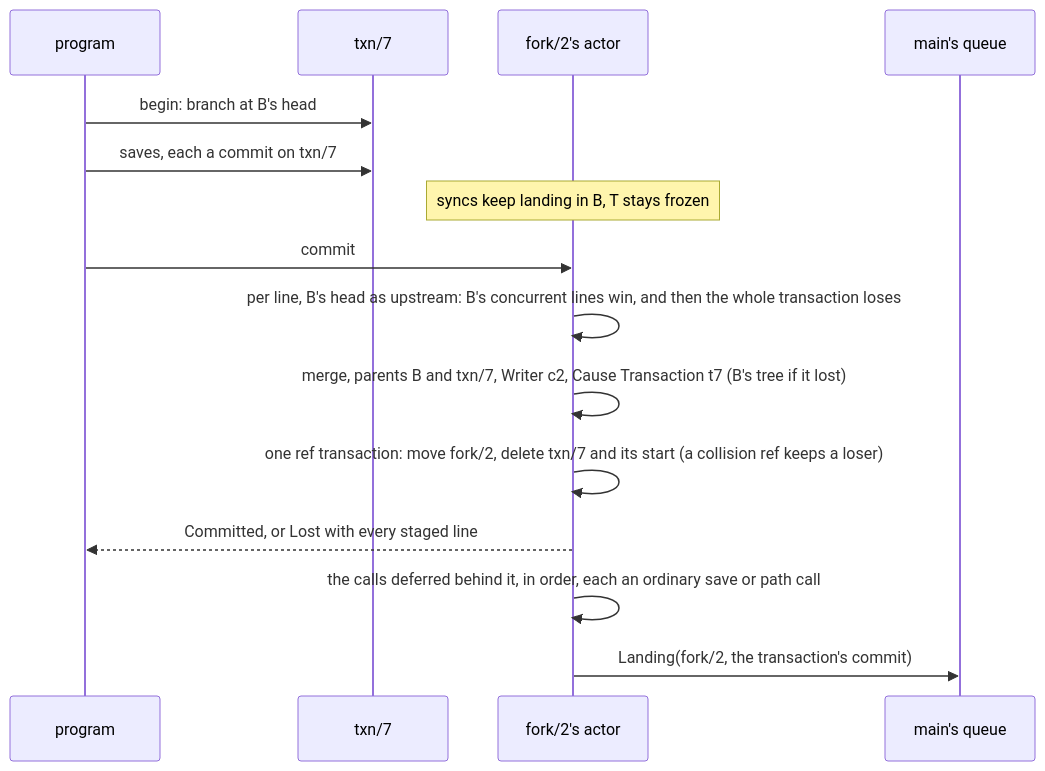
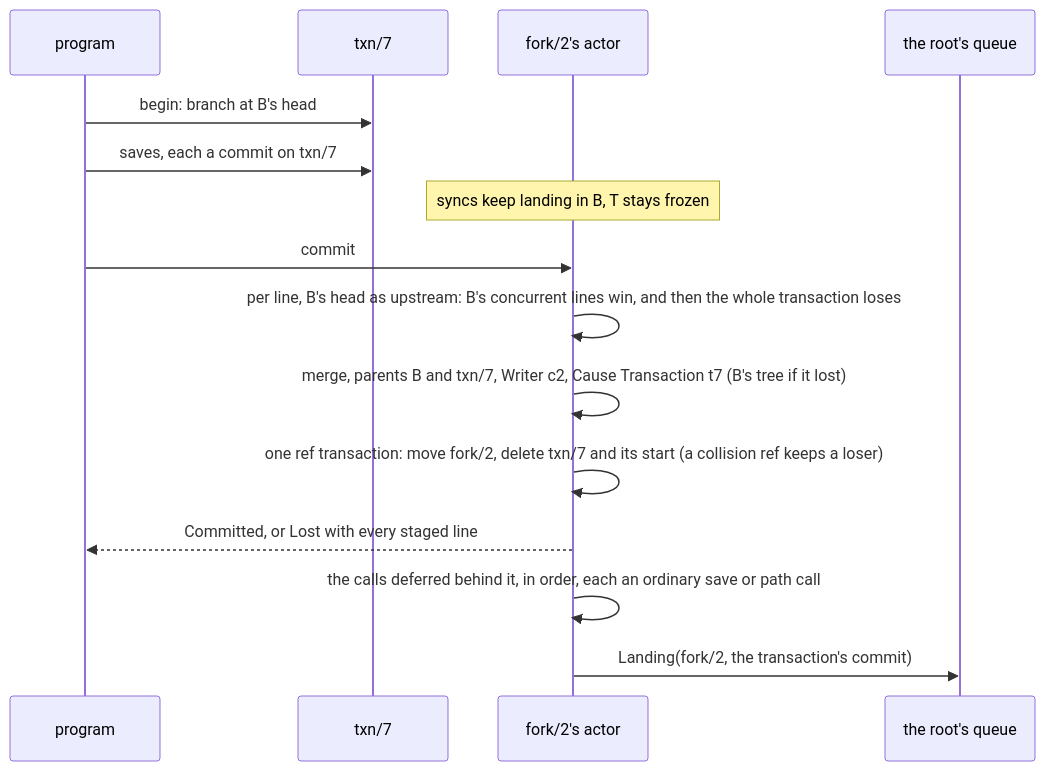
The sixth of 7 diagrams in docs/target-architecture/git-model.md (mcurcio/agentfs), drawn with Mermaid before and after one commit. The commit also changed other lines of this file and 20 other files, not shown here.

````diff
--- a/docs/target-architecture/git-model.md
+++ b/docs/target-architecture/git-model.md
@@ -648,17 +648,17 @@
 ```mermaid
 sequenceDiagram
   participant P as program
   participant T as txn/7
   participant B as fork/2's actor
-  participant QM as main's queue
+  participant QM as the root's queue
   P->>T: begin: branch at B's head
   P->>T: saves, each a commit on txn/7
   Note over B: syncs keep landing in B, T stays frozen
   P->>B: commit
   B->>B: per line, B's head as upstream: B's concurrent lines win, and then the whole transaction loses
   B->>B: merge, parents B and txn/7, Writer c2, Cause Transaction t7 (B's tree if it lost)
   B->>B: one ref transaction: move fork/2, delete txn/7 and its start (a collision ref keeps a loser)
   B-->>P: Committed, or Lost with every staged line
   B->>B: the calls deferred behind it, in order, each an ordinary save or path call
   B->>QM: Landing(fork/2, the transaction's commit)
 ```
````
